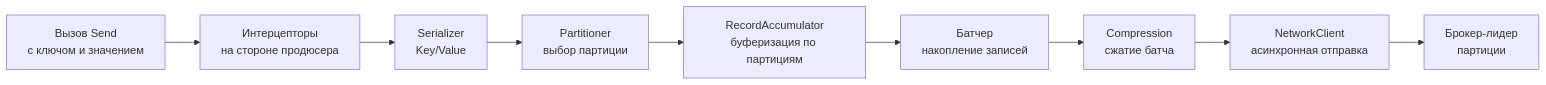
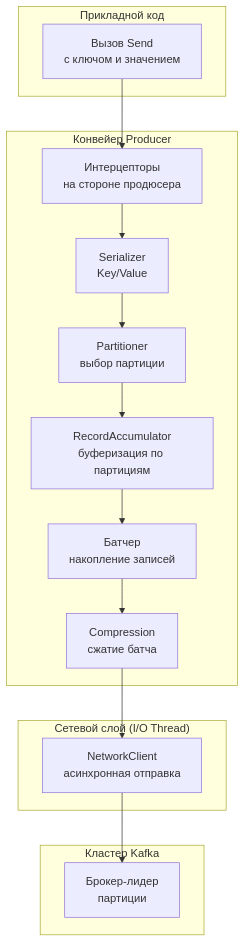
One commit to UnrealTemplier/go-textbook changed the first of 5 diagrams in sources/13. Очереди, брокеры сообщений и оркестраторы/03. Kafka/3. Producer и consumer.md. Above: the diagram before and after it, drawn with Mermaid. The commit also changed other lines of this file, not shown here.

Commit message:
feat(module-13): editorial rewrite of lecture 3 in Subsection 3 (Kafka) in Kernighan style

````diff
--- a/sources/13. Очереди, брокеры сообщений и оркестраторы/03. Kafka/3. Producer и consumer.md
+++ b/sources/13. Очереди, брокеры сообщений и оркестраторы/03. Kafka/3. Producer и consumer.md
@@ -17,11 +32,32 @@
 ```mermaid
-flowchart LR
-    A["Вызов Send<br>с ключом и значением"] --> B["Интерцепторы<br>на стороне продюсера"]
-    B --> C["Serializer<br>Key/Value"]
-    C --> D["Partitioner<br>выбор партиции"]
-    D --> E["RecordAccumulator<br>буферизация по партициям"]
-    E --> F["Батчер<br>накопление записей"]
-    F --> G["Compression<br>сжатие батча"]
-    G --> H["NetworkClient<br>асинхронная отправка"]
-    H --> I["Брокер-лидер<br>партиции"]
+flowchart TD
+    subgraph ClientApp["Прикладной код"]
+        A["Вызов Send<br>с ключом и значением"]
+    end
+
+    subgraph Pipeline["Конвейер Producer"]
+        B["Интерцепторы<br>на стороне продюсера"]
+        C["Serializer<br>Key/Value"]
+        D["Partitioner<br>выбор партиции"]
+        E["RecordAccumulator<br>буферизация по партициям"]
+        F["Батчер<br>накопление записей"]
+        G["Compression<br>сжатие батча"]
+    end
+
+    subgraph NetLayer["Сетевой слой (I/O Thread)"]
+        H["NetworkClient<br>асинхронная отправка"]
+    end
+
+    subgraph Cluster["Кластер Kafka"]
+        I["Брокер-лидер<br>партиции"]
+    end
+
+    A --> B
+    B --> C
+    C --> D
+    D --> E
+    E --> F
+    F --> G
+    G --> H
+    H --> I
 ```
````
